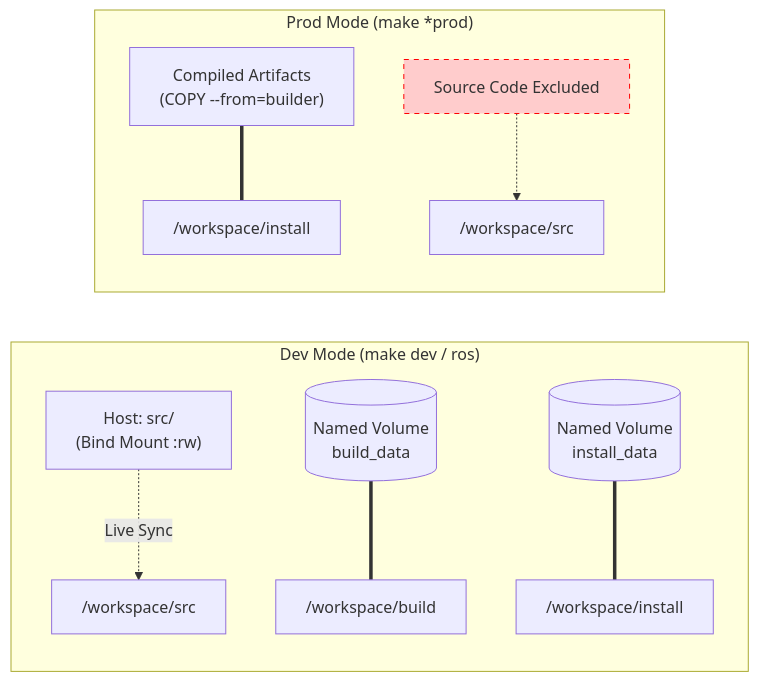
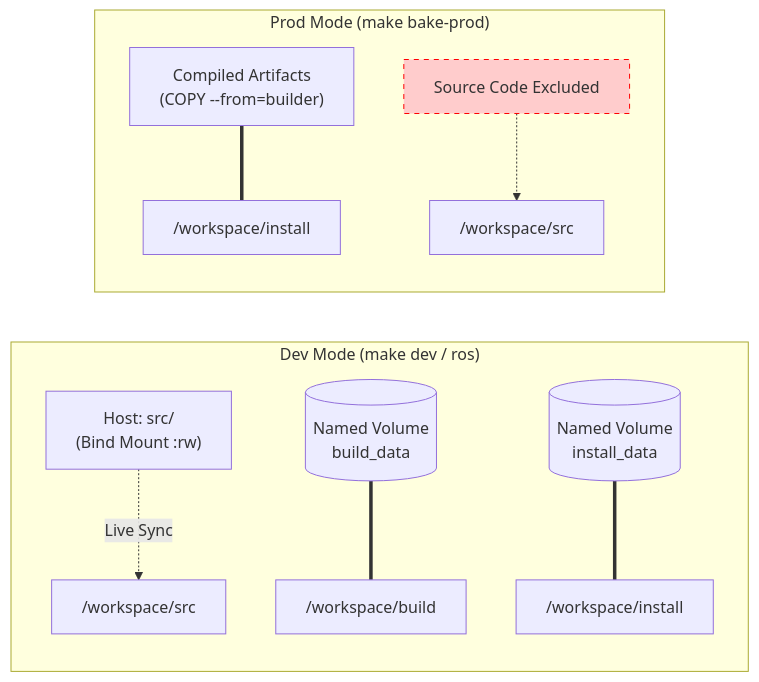
One commit to Lee-hwansoo/DevKit changed the second of 5 diagrams in README.md. Above: the diagram before and after it, drawn with Mermaid. The commit also changed other lines of this file and 5 other files, not shown here.

````diff
--- a/README.md
+++ b/README.md
@@ -164,14 +164,14 @@
 ```mermaid
 graph LR
     subgraph "Dev Mode (make dev / ros)"
         SRC["Host: src/<br/>(Bind Mount :rw)"] -.->|Live Sync| WS_SRC["/workspace/src"]
         NV_BUILD[("Named Volume<br/>build_data")] === WS_BUILD["/workspace/build"]
         NV_INSTALL[("Named Volume<br/>install_data")] === WS_INSTALL["/workspace/install"]
     end
 
-    subgraph "Prod Mode (make *prod)"
+    subgraph "Prod Mode (make bake-prod)"
         BAKED["Compiled Artifacts<br/>(COPY --from=builder)"] === PROD_INSTALL["/workspace/install"]
         NO_SRC["Source Code Excluded"] -.-> PROD_SRC["/workspace/src"]
         style NO_SRC fill:#ffcccc,color:#333,stroke:#f00,stroke-dasharray: 5 5
     end
 ```
````
